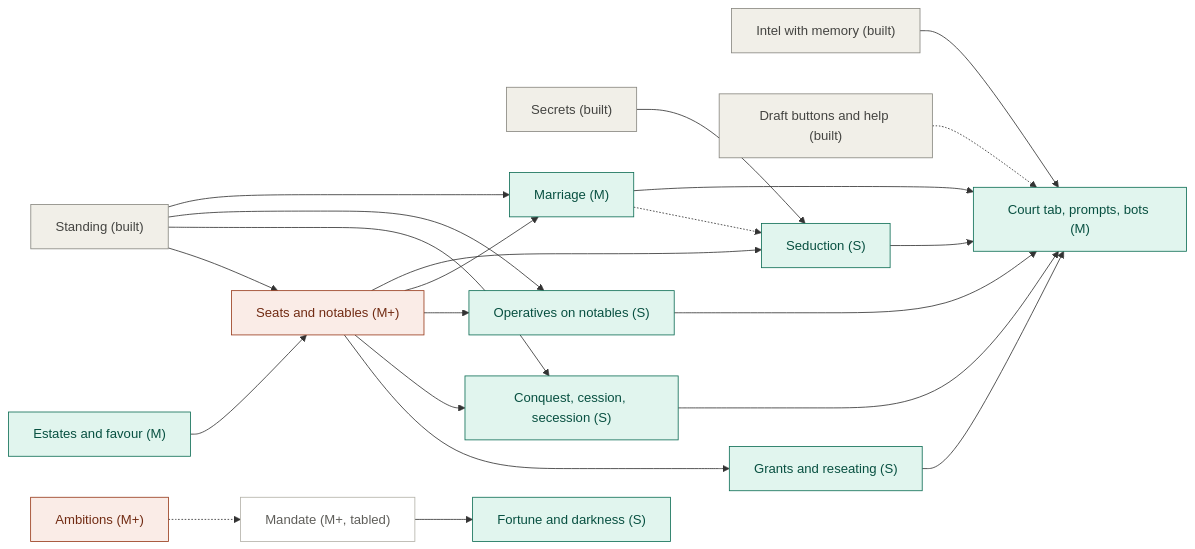
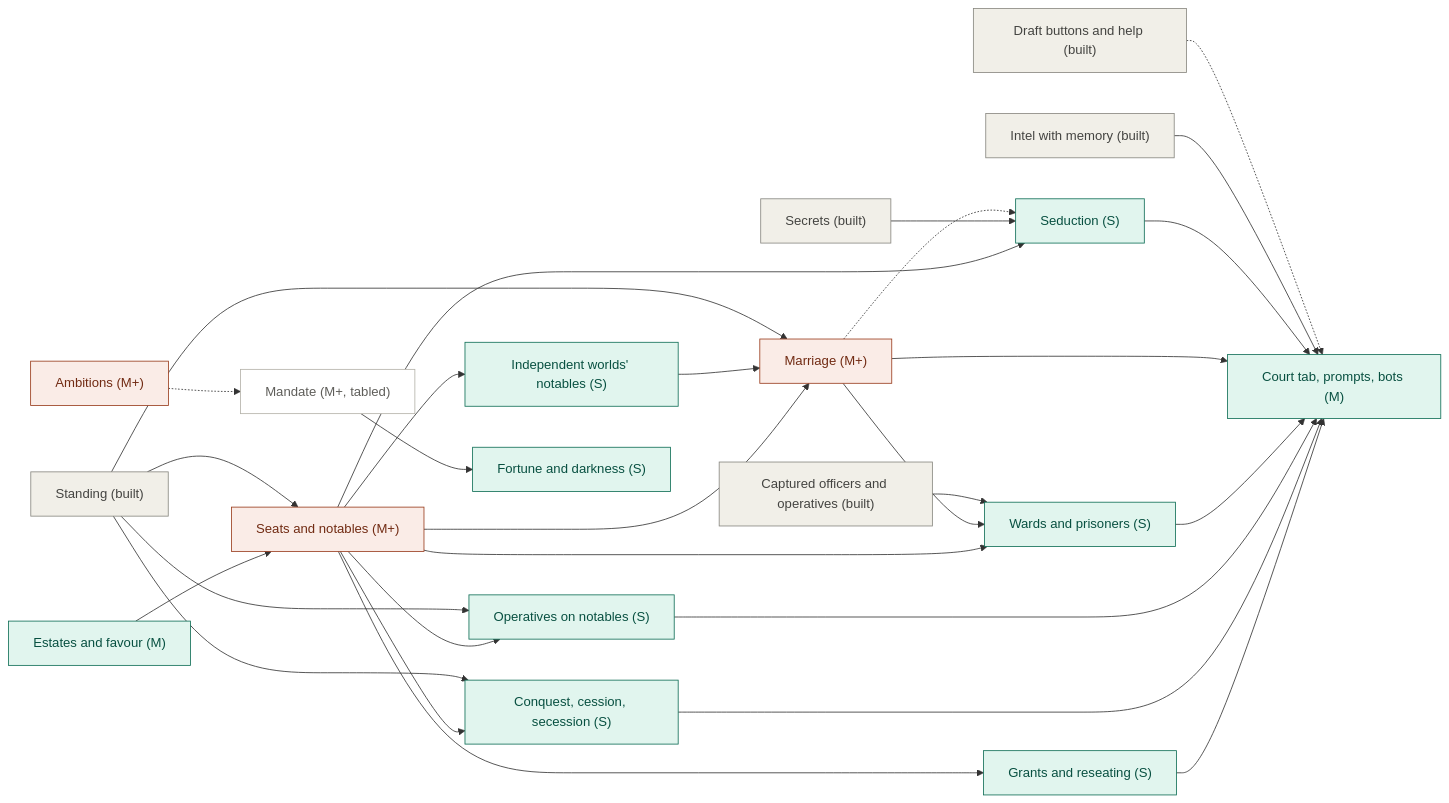
The diagram in docs/brainstorm-2026-10-02.md (1adityashetty1/paxgalactica), drawn with Mermaid before and after one commit. The commit also changed other lines of this file and 1 other file, not shown here.

Commit message:
Design: independent worlds' notables, marriage into an independent world, notables as wards and prisoners

````diff
--- a/docs/brainstorm-2026-10-02.md
+++ b/docs/brainstorm-2026-10-02.md
@@ -698,52 +698,61 @@
 ```mermaid
 flowchart LR
   classDef light fill:#E1F5EE,stroke:#0F6E56,color:#085041
   classDef heavy fill:#FAECE7,stroke:#993C1D,color:#712B13
   classDef done fill:#F1EFE8,stroke:#888780,color:#444441
   classDef later fill:#FFFFFF,stroke:#B4B2A9,color:#5F5E5A
 
   standing["Standing (built)"]
   intel["Intel with memory (built)"]
   secrets["Secrets (built)"]
+  captives["Captured officers and operatives (built)"]
   ui["Draft buttons and help (built)"]
 
   estates["Estates and favour (M)"]
   seats["Seats and notables (M+)"]
   grants["Grants and reseating (S)"]
   hands["Conquest, cession, secession (S)"]
   notableOps["Operatives on notables (S)"]
-  marriage["Marriage (M)"]
+  independents["Independent worlds' notables (S)"]
+  marriage["Marriage (M+)"]
+  wards["Wards and prisoners (S)"]
   seduction["Seduction (S)"]
   court["Court tab, prompts, bots (M)"]
 
   ambitions["Ambitions (M+)"]
   mandate["Mandate (M+, tabled)"]
   fortune["Fortune and darkness (S)"]
 
   estates --> seats
   standing --> seats
   seats --> grants
   seats --> hands
   seats --> notableOps
   standing --> hands
   standing --> notableOps
   grants --> court
   hands --> court
   notableOps --> court
+  seats --> independents
   seats --> marriage
+  independents --> marriage
   standing --> marriage
+  seats --> wards
+  marriage --> wards
+  captives --> wards
+  wards --> court
   seats --> seduction
   secrets --> seduction
   marriage -.-> seduction
   marriage --> court
   seduction --> court
   intel --> court
   ui -.-> court
   ambitions -.-> mandate
   mandate --> fortune
 
-  class standing,intel,secrets,ui done
-  class estates,grants,hands,notableOps,marriage,seduction,court,fortune light
-  class seats,ambitions heavy
+  class standing,intel,secrets,captives,ui done
+  class estates,grants,hands,notableOps,independents,wards,seduction,court,fortune light
+  class seats,marriage,ambitions heavy
   class mandate later
 ```
````
